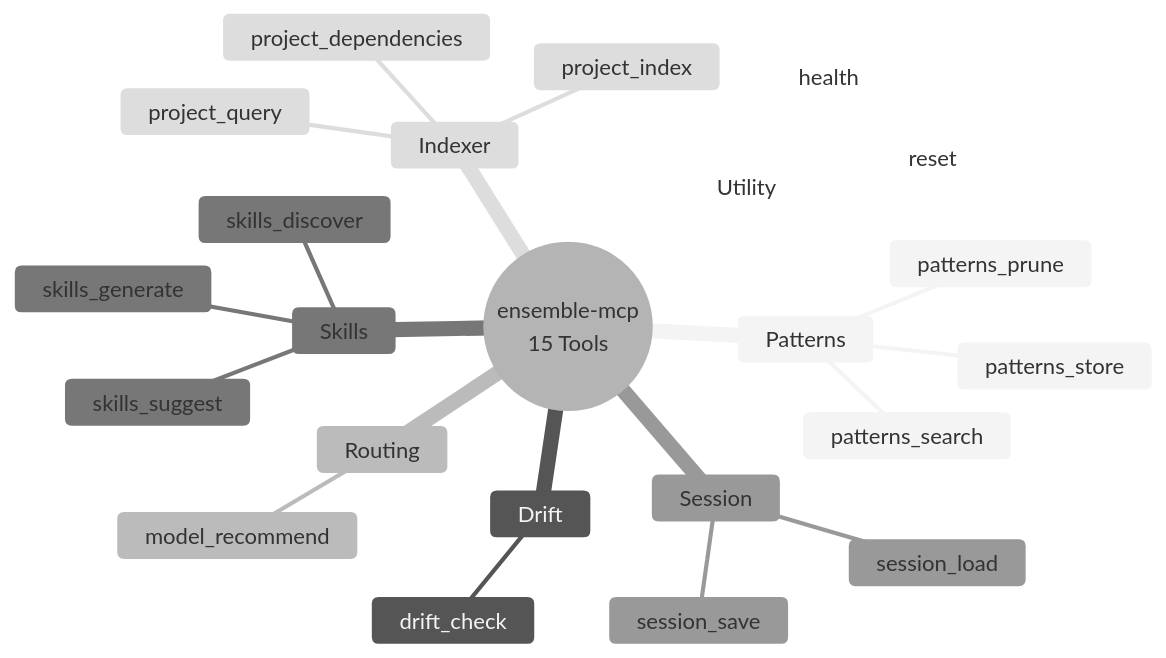
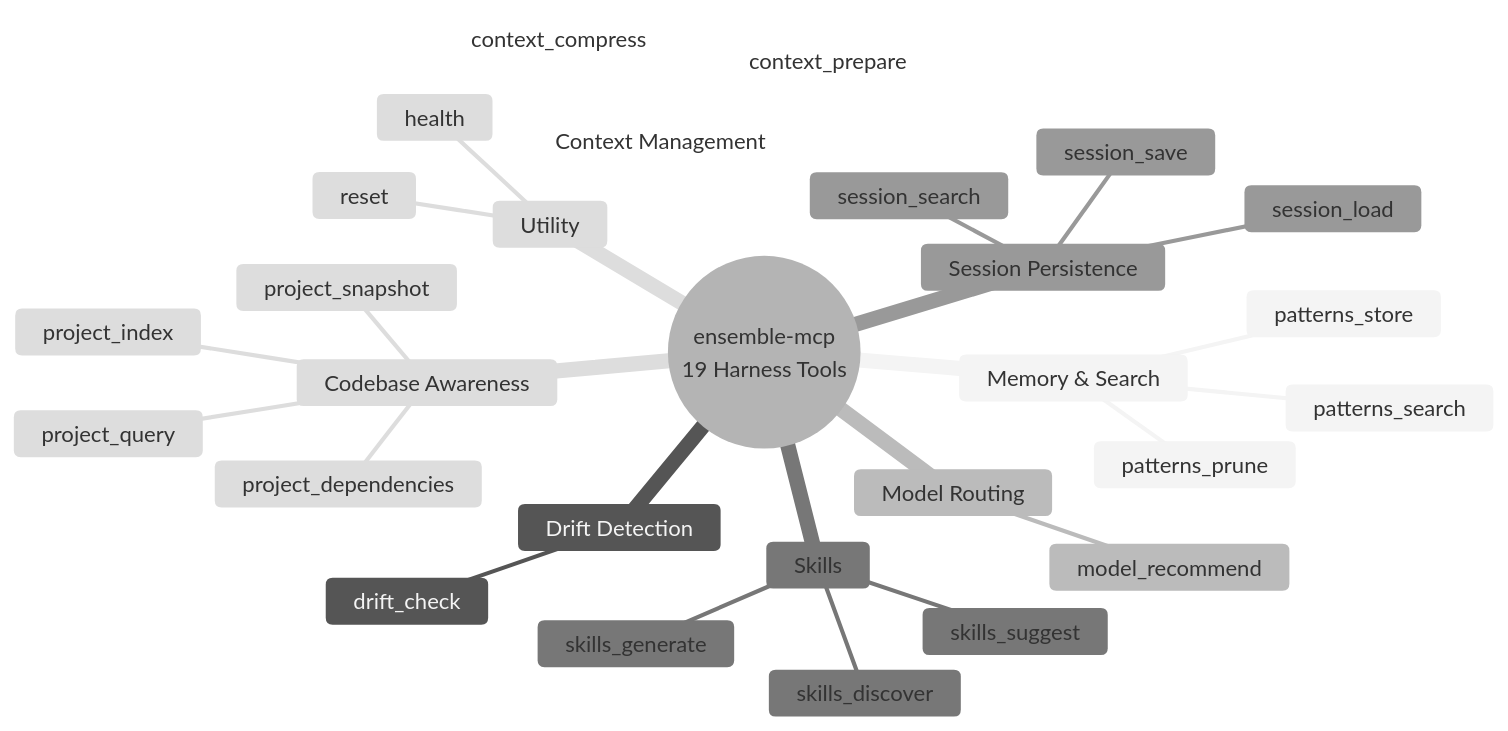
The second of 2 diagrams in docs/README.md (LynkByte/ensemble), drawn with Mermaid (neutral theme) before and after one commit. The commit also changed other lines of this file and 4 other files, not shown here.

````diff
--- a/docs/README.md
+++ b/docs/README.md
@@ -180,26 +235,31 @@
 ```mermaid
 mindmap
-    root((ensemble-mcp<br/>15 Tools))
-        Patterns
+    root((ensemble-mcp<br/>19 Harness Tools))
+        Memory & Search
             patterns_search
             patterns_store
             patterns_prune
-        Drift
+        Drift Detection
             drift_check
-        Routing
+        Model Routing
             model_recommend
         Skills
             skills_discover
             skills_suggest
             skills_generate
-        Session
+        Session Persistence
             session_save
             session_load
-        Indexer
+            session_search
+        Codebase Awareness
             project_index
             project_query
             project_dependencies
+            project_snapshot
+        Context Management
+            context_compress
+            context_prepare
         Utility
             health
             reset
 ```
````
